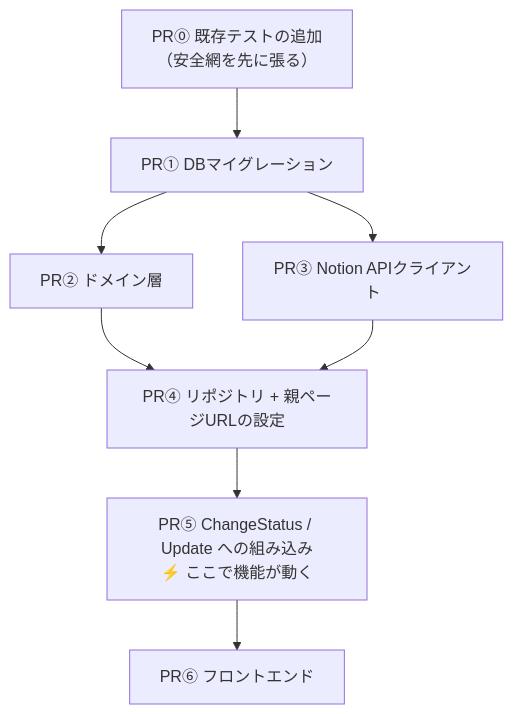
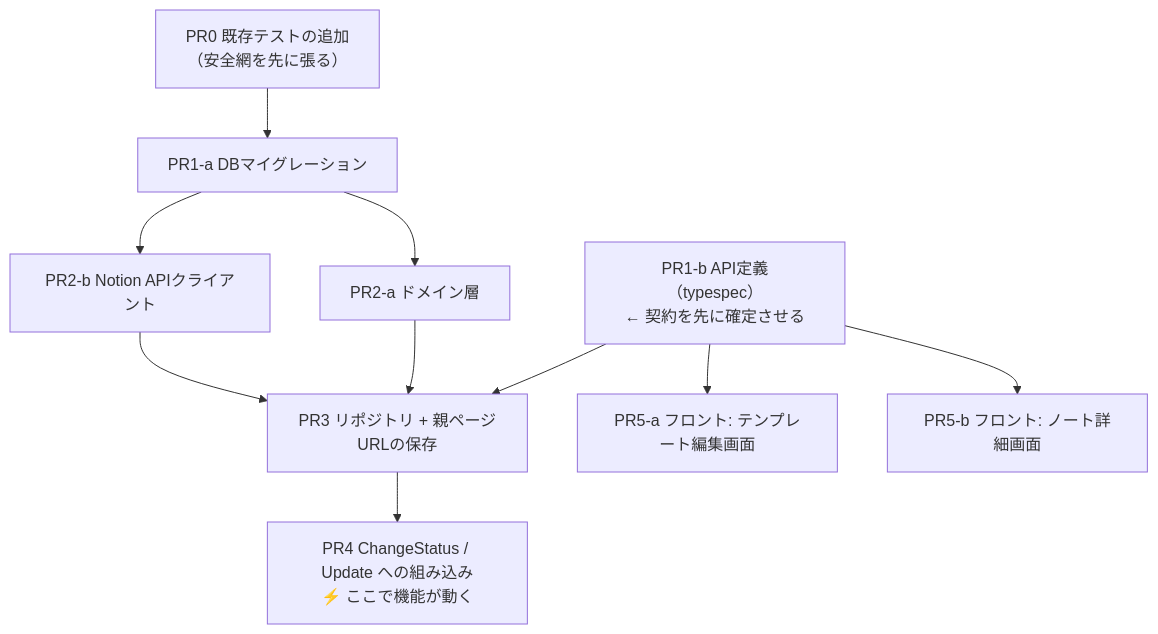
Before and after one commit to YukiOnishi1129/immortal-architecture-notion: the diagram in docs/feature_development/04_work_breakdown.md, drawn with Mermaid. The commit also changed other lines of this file and 3 other files, not shown here.

````diff
--- a/docs/feature_development/04_work_breakdown.md
+++ b/docs/feature_development/04_work_breakdown.md
@@ -43,18 +43,22 @@
 ```mermaid
 flowchart TD
-    PR0["PR⓪ 既存テストの追加<br/>（安全網を先に張る）"]
-    PR1["PR① DBマイグレーション"]
-    PR2["PR② ドメイン層"]
-    PR3["PR③ Notion APIクライアント"]
-    PR4["PR④ リポジトリ + 親ページURLの設定"]
-    PR5["PR⑤ ChangeStatus / Update への組み込み<br/>⚡ ここで機能が動く"]
-    PR6["PR⑥ フロントエンド"]
+    PR0["PR0 既存テストの追加<br/>（安全網を先に張る）"]
+    PR1a["PR1-a DBマイグレーション"]
+    PR1b["PR1-b API定義（typespec）<br/>← 契約を先に確定させる"]
+    PR2a["PR2-a ドメイン層"]
+    PR2b["PR2-b Notion APIクライアント"]
+    PR3["PR3 リポジトリ + 親ページURLの保存"]
+    PR4["PR4 ChangeStatus / Update への組み込み<br/>⚡ ここで機能が動く"]
+    PR5a["PR5-a フロント: テンプレート編集画面"]
+    PR5b["PR5-b フロント: ノート詳細画面"]
 
-    PR0 --> PR1
-    PR1 --> PR2
-    PR1 --> PR3
-    PR2 --> PR4
+    PR0 --> PR1a
+    PR1a --> PR2a
+    PR1a --> PR2b
+    PR1b --> PR3
+    PR1b --> PR5a
+    PR1b --> PR5b
+    PR2a --> PR3
+    PR2b --> PR3
     PR3 --> PR4
-    PR4 --> PR5
-    PR5 --> PR6
 ```
````
